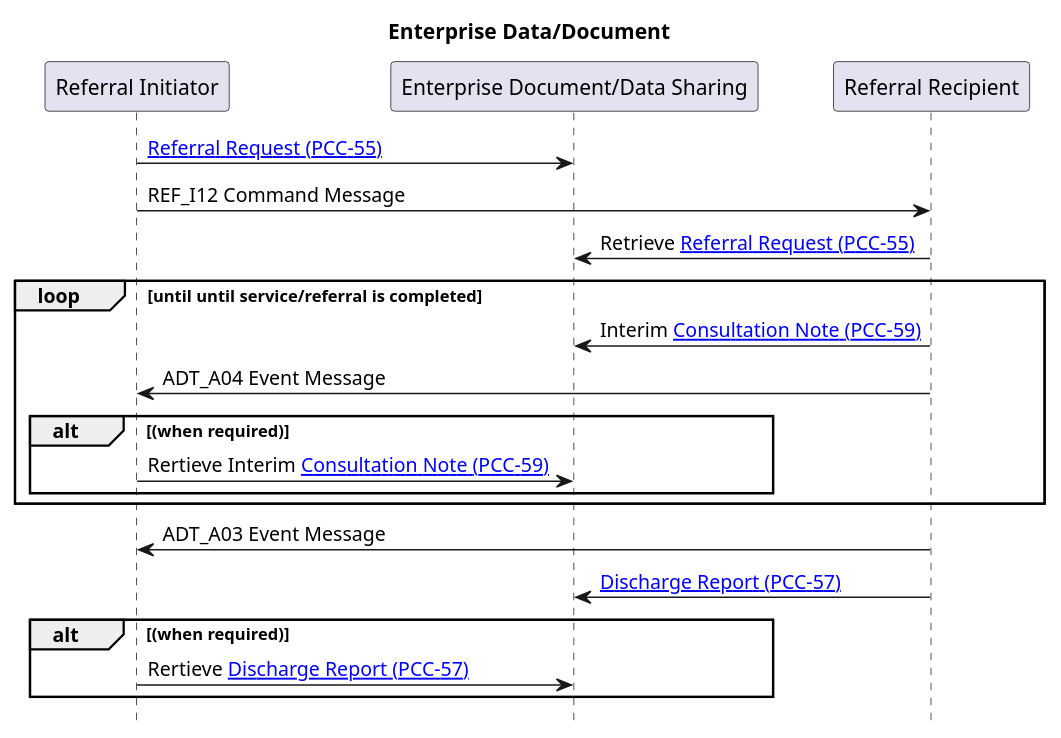
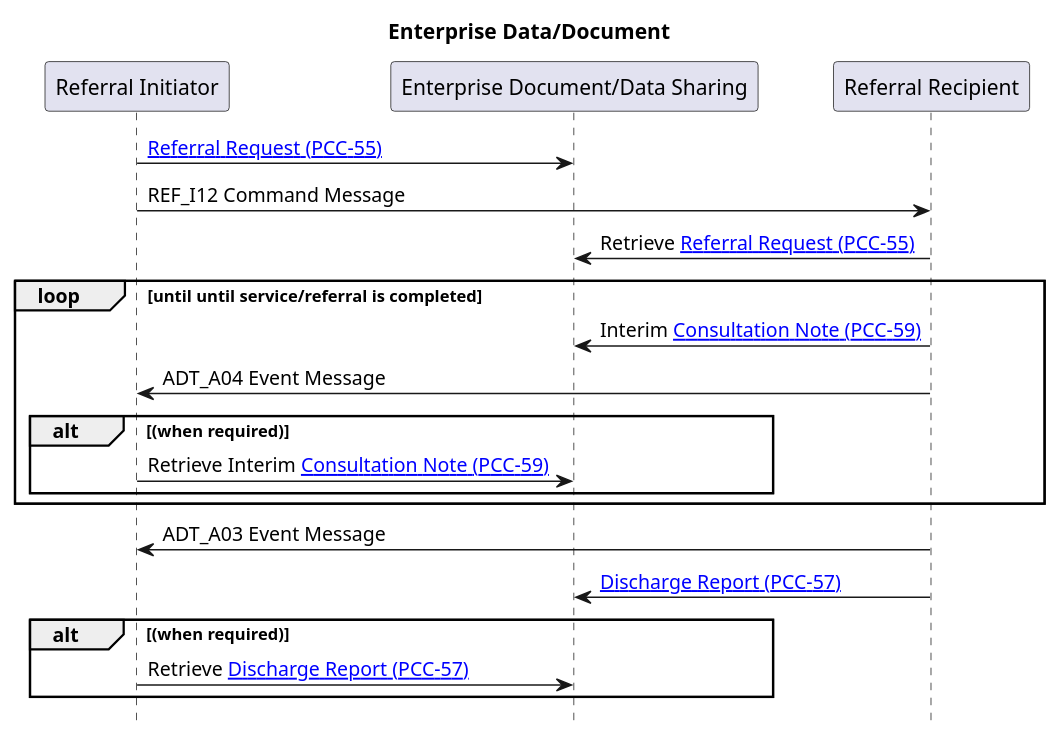
The diagram in input/images-source/eReferral-xds-sequence.plantuml (Virtually-Healthcare/virtually-healthcare.github.com), drawn with PlantUML before and after one commit. The commit also changed 1 other file, not shown here.

```diff
--- a/input/images-source/eReferral-xds-sequence.plantuml
+++ b/input/images-source/eReferral-xds-sequence.plantuml
@@ -1,29 +1,29 @@
 @startuml
 
 
 title "Enterprise Data/Document"
 
 hide footbox
 
 participant "Referral Initiator" as placer
 participant "Enterprise Document/Data Sharing" as XDS
 participant "Referral Recipient" as filler
 
 placer -> XDS : [[I12.html Referral Request (PCC-55)]]
 placer -> filler: REF_I12 Command Message
 filler -> XDS: Retrieve [[I12.html Referral Request (PCC-55)]]
 
 loop until until service/referral is completed
 filler -> XDS:  Interim [[A04.html Consultation Note (PCC-59)]]
 filler -> placer: ADT_A04 Event Message
 alt (when required)
-placer -> XDS: Rertieve Interim [[A04.html Consultation Note (PCC-59)]]
+placer -> XDS: Retrieve Interim [[A04.html Consultation Note (PCC-59)]]
 end
 end
 filler -> placer: ADT_A03 Event Message
 filler -> XDS: [[A03.html Discharge Report (PCC-57)]]
 alt (when required)
-placer -> XDS: Rertieve [[A03.html Discharge Report (PCC-57)]]
+placer -> XDS: Retrieve [[A03.html Discharge Report (PCC-57)]]
 end
 
 @enduml
```
